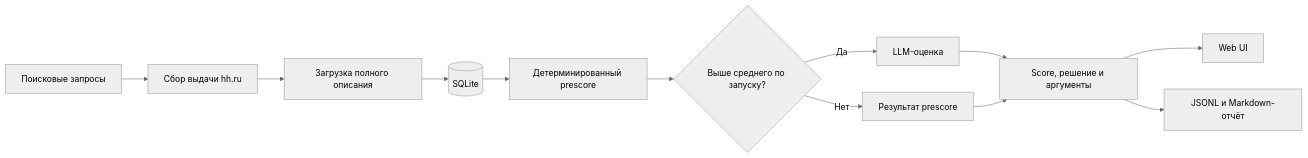
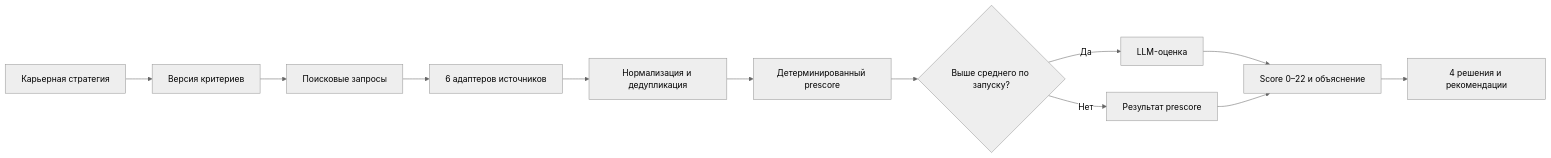
Before and after one commit to rottenrust/jobs-catcher: the first of 2 diagrams in README.md, drawn with Mermaid (neutral theme). The commit also changed other lines of this file, not shown here.

````diff
--- a/README.md
+++ b/README.md
@@ -35,14 +74,14 @@
 ```mermaid
 flowchart LR
-    A[Поисковые запросы] --> B[Сбор выдачи hh.ru]
-    B --> C[Загрузка полного описания]
-    C --> D[(SQLite)]
-    D --> E[Детерминированный prescore]
-    E --> F{Выше среднего по запуску?}
-    F -- Да --> G[LLM-оценка]
-    F -- Нет --> H[Результат prescore]
-    G --> I[Score, решение и аргументы]
-    H --> I
-    I --> J[Web UI]
-    I --> K[JSONL и Markdown-отчёт]
+    A[Карьерная стратегия] --> B[Версия критериев]
+    B --> C[Поисковые запросы]
+    C --> D[6 адаптеров источников]
+    D --> E[Нормализация и дедупликация]
+    E --> F[Детерминированный prescore]
+    F --> G{Выше среднего по запуску?}
+    G -- Да --> H[LLM-оценка]
+    G -- Нет --> I[Результат prescore]
+    H --> J[Score 0–22 и объяснение]
+    I --> J
+    J --> K[4 решения и рекомендации]
 ```
````
